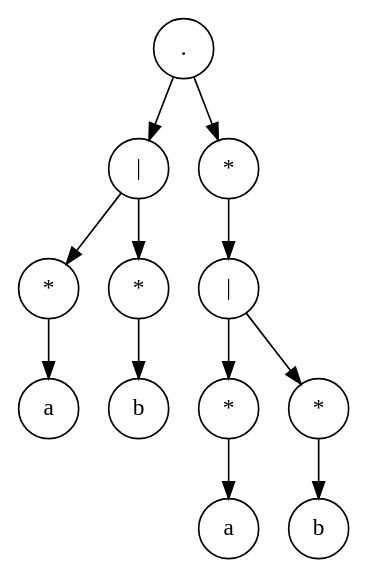
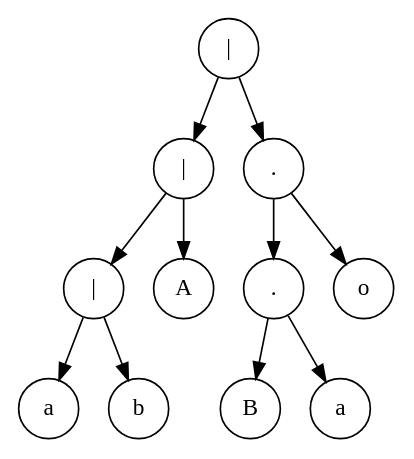
Before and after one commit to DiggsPapu/TeoriaComputacion: the diagram in Graphs/graph1.dot, drawn with Graphviz. The commit also changed 11 other files, not shown here.

```diff
--- a/Graphs/graph1.dot
+++ b/Graphs/graph1.dot
@@ -1,26 +1,24 @@
 digraph Tree{
 node [shape=circle];
 node0 [label="a"];
-node1 [label="*"];
-node2 [label="b"];
-node3 [label="*"];
+node1 [label="b"];
+node2 [label="|"];
+node3 [label="A"];
 node4 [label="|"];
-node5 [label="a"];
-node6 [label="*"];
-node7 [label="b"];
-node8 [label="*"];
-node9 [label="|"];
-node10 [label="*"];
-node11 [label="."];
-node1->node0;
-node3->node2;
-node4->node1;
+node5 [label="B"];
+node6 [label="a"];
+node7 [label="."];
+node8 [label="o"];
+node9 [label="."];
+node10 [label="|"];
+node2->node0;
+node2->node1;
+node4->node2;
 node4->node3;
-node6->node5;
-node8->node7;
-node9->node6;
+node7->node5;
+node7->node6;
+node9->node7;
 node9->node8;
+node10->node4;
 node10->node9;
-node11->node4;
-node11->node10;
 }
```
